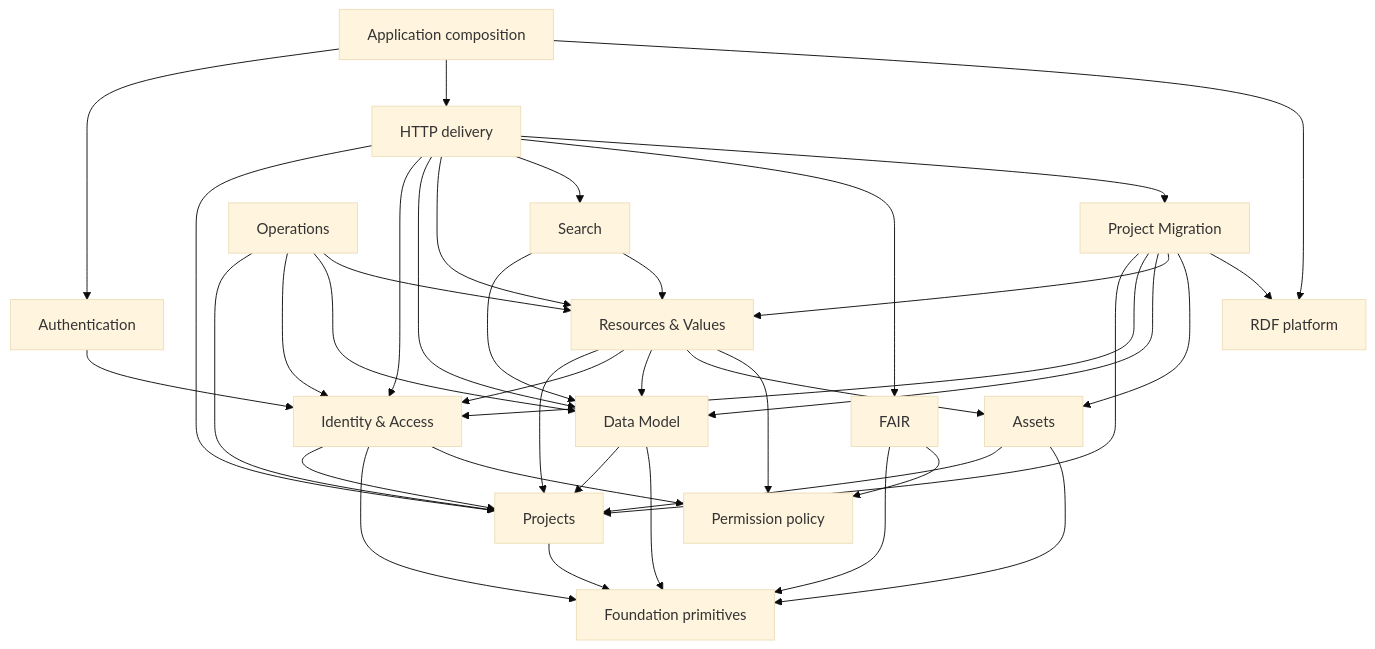
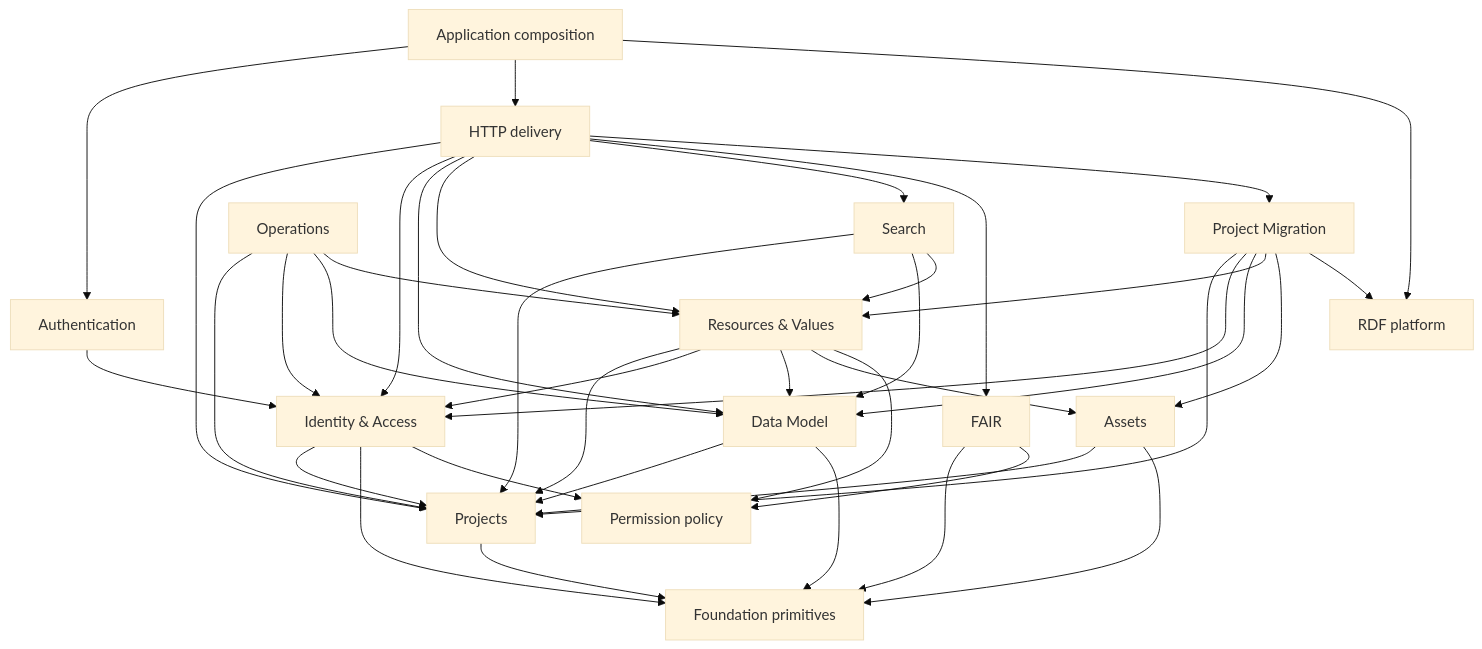
One commit to dasch-swiss/dsp-api changed the diagram in CONTEXT.md. Above: the diagram before and after it, drawn with Mermaid (base theme). The commit also changed other lines of this file and 68 other files, not shown here.

First line of the commit message:
feat: project-scope the Lucene lookup in Gravsearch and /v2/search via GRAPH <projectDataGraph> (DEV-7594) (#4396)

````diff
--- a/CONTEXT.md
+++ b/CONTEXT.md
@@ -116,59 +117,60 @@
 ```mermaid
 graph TD
     FP["Foundation primitives"]
     PP["Permission policy"]
     RDF["RDF platform"]
 
     PROJECTS["Projects"]
     IAM["Identity & Access"]
     DM["Data Model"]
     ASSETS["Assets"]
     RV["Resources & Values"]
     SEARCH["Search"]
     FAIR["FAIR"]
     MIGRATION["Project Migration"]
     OPS["Operations"]
 
     AUTHN["Authentication"]
     HTTP["HTTP delivery"]
     APP["Application composition"]
 
     PROJECTS --> FP
     IAM --> PROJECTS
     IAM --> FP
     IAM --> PP
     DM --> PROJECTS
     DM --> FP
     ASSETS --> PROJECTS
     ASSETS --> FP
     RV --> PROJECTS
     RV --> IAM
     RV --> DM
     RV --> ASSETS
     RV --> PP
+    SEARCH --> PROJECTS
     SEARCH --> DM
     SEARCH --> RV
     FAIR --> FP
     FAIR --> PP
     MIGRATION --> PROJECTS
     MIGRATION --> IAM
     MIGRATION --> DM
     MIGRATION --> RV
     MIGRATION --> ASSETS
     MIGRATION --> RDF
     OPS --> PROJECTS
     OPS --> IAM
     OPS --> DM
     OPS --> RV
     AUTHN --> IAM
     HTTP --> PROJECTS
     HTTP --> IAM
     HTTP --> DM
     HTTP --> RV
     HTTP --> SEARCH
     HTTP --> FAIR
     HTTP --> MIGRATION
     APP --> AUTHN
     APP --> HTTP
     APP --> RDF
 ```
````
